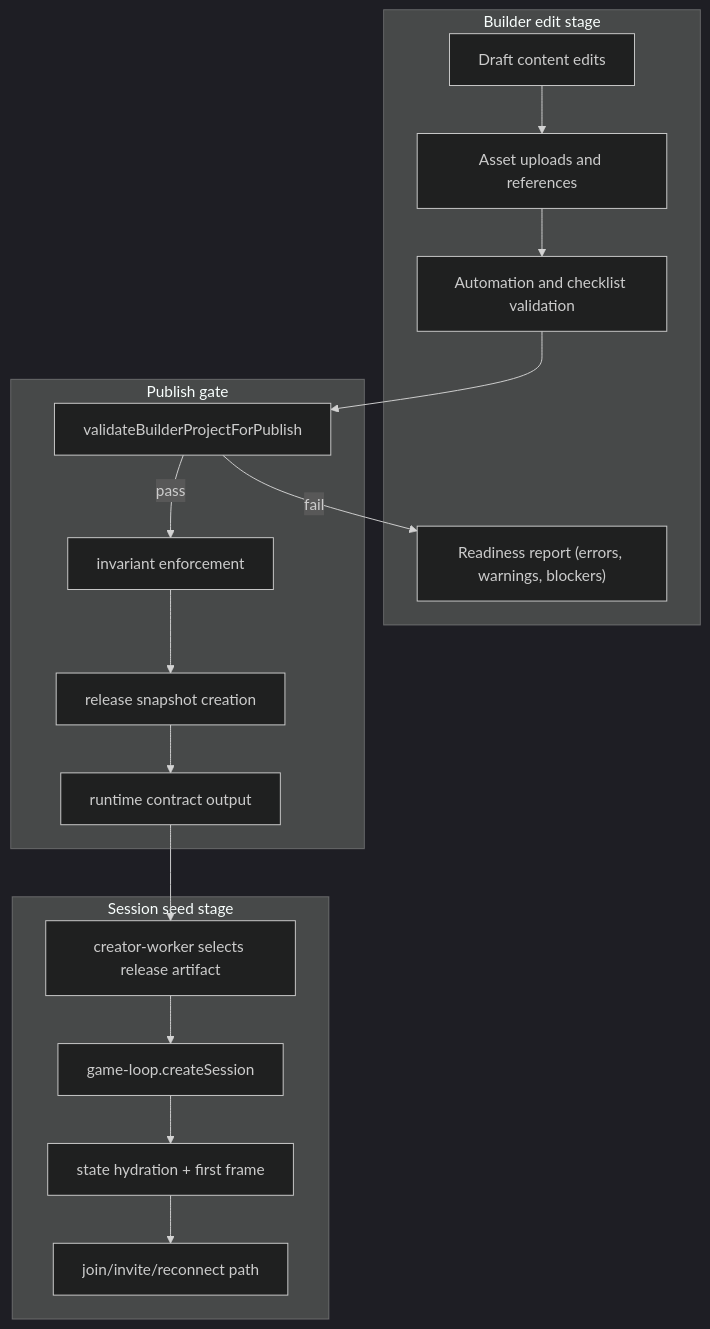
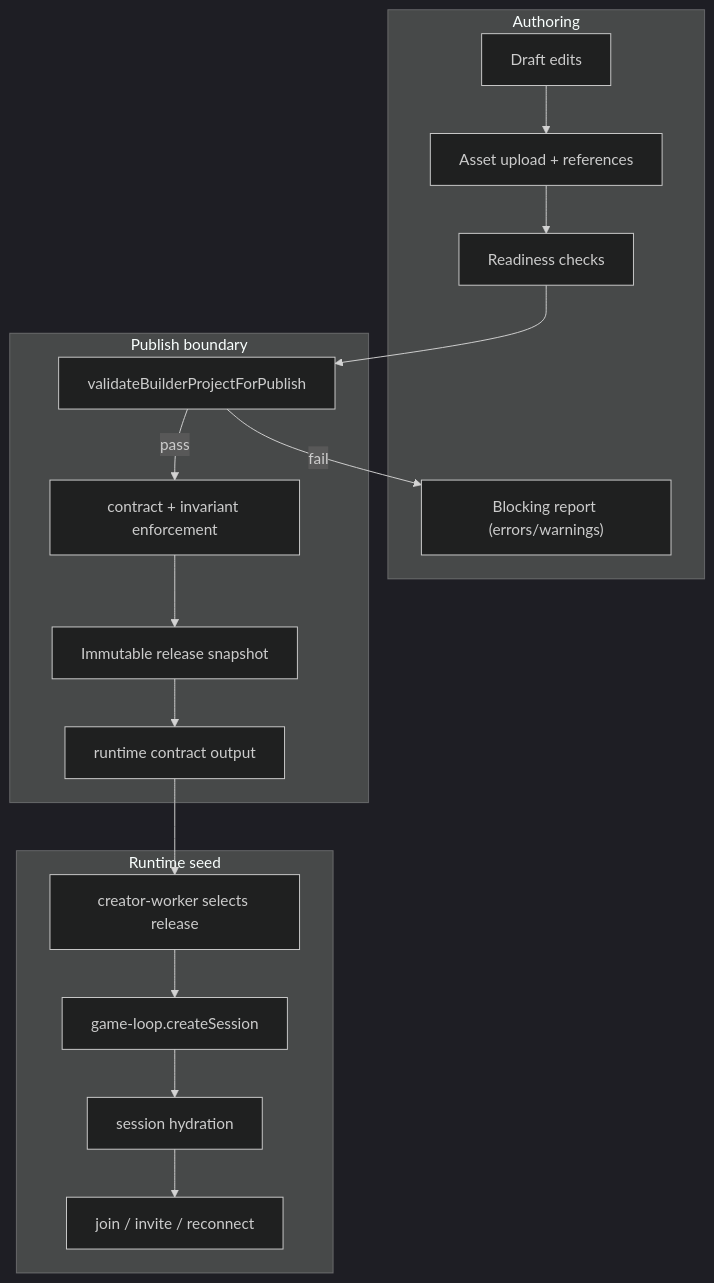
One commit to d4551/tea changed the fifth of 12 diagrams in README.md. Above: the diagram before and after it, drawn with Mermaid (dark theme). The commit also changed other lines of this file and 2 other files, not shown here.

Commit message:
Align README to line-by-line bilingual format with collapsible bilingual mermaid charts

````diff
--- a/README.md
+++ b/README.md
@@ -151,28 +299,28 @@
 ```mermaid
 flowchart TD
-  subgraph Edit["Builder edit stage"]
-    B1["Draft content edits"]
-    B2["Asset uploads and references"]
-    B3["Automation and checklist validation"]
-    B4["Readiness report (errors, warnings, blockers)"]
+  subgraph Authoring["Authoring"]
+    A_Draft["Draft edits"]
+    A_Asset["Asset upload + references"]
+    A_Audit["Readiness checks"]
+    A_Report["Blocking report (errors/warnings)"]
   end
 
-  subgraph Gate["Publish gate"]
-    P1["validateBuilderProjectForPublish"]
-    P2["invariant enforcement"]
-    P3["release snapshot creation"]
-    P4["runtime contract output"]
+  subgraph Publish["Publish boundary"]
+    P_Validate["validateBuilderProjectForPublish"]
+    P_Contract["contract + invariant enforcement"]
+    P_Release["Immutable release snapshot"]
+    P_Output["runtime contract output"]
   end
 
-  subgraph Seed["Session seed stage"]
-    R1["creator-worker selects release artifact"]
-    R2["game-loop.createSession"]
-    R3["state hydration + first frame"]
-    R4["join/invite/reconnect path"]
+  subgraph Runtime["Runtime seed"]
+    R_Create["creator-worker selects release"]
+    R_Session["game-loop.createSession"]
+    R_Hydrate["session hydration"]
+    R_Join["join / invite / reconnect"]
   end
 
-  B1 --> B2 --> B3 --> P1
-  P1 -->|pass| P2 --> P3 --> P4 --> R1
-  P1 -->|fail| B4
-  R1 --> R2 --> R3 --> R4
+  A_Draft --> A_Asset --> A_Audit --> P_Validate
+  P_Validate -->|pass| P_Contract --> P_Release --> P_Output --> R_Create
+  P_Validate -->|fail| A_Report
+  R_Create --> R_Session --> R_Hydrate --> R_Join
 ```
````
